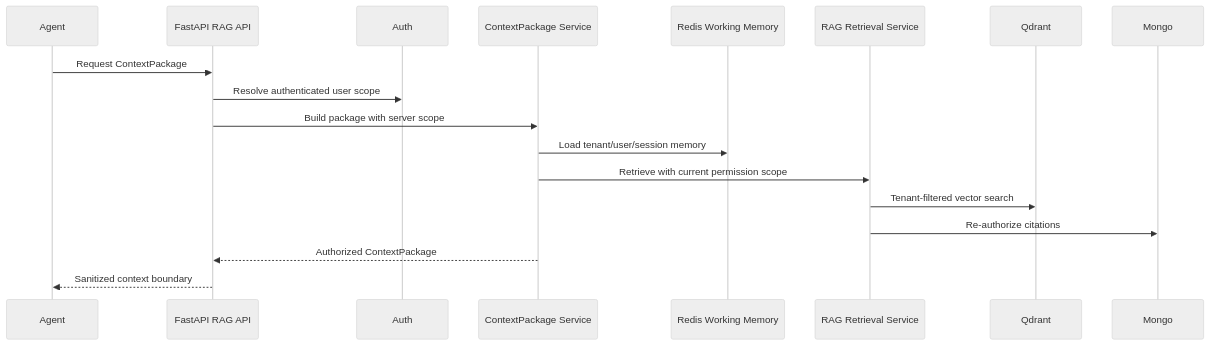
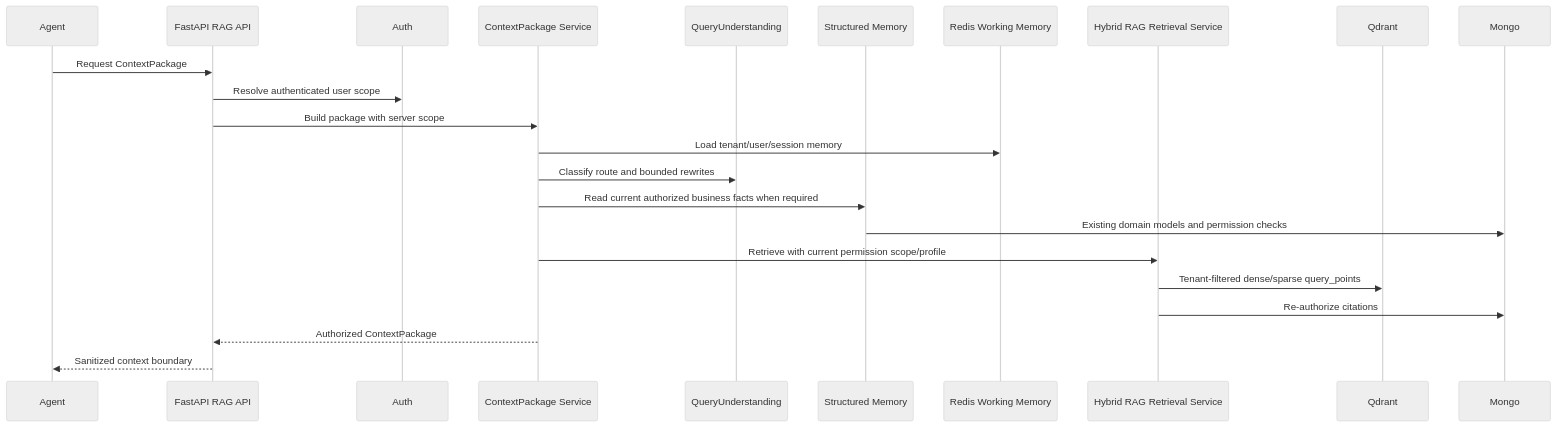
Before and after one commit to Shivakushwah143/SynTask: the second of 4 diagrams in docs/diagrams/architecture.md, drawn with Mermaid (neutral theme). The commit also changed other lines of this file and 39 other files, not shown here.

Commit message:
Release note: I kept Milestone 5 marked partially implemented, not production-complete, because full backend release checks still have known unrelated failures from the earlier full-suite run and the real seeded retrieval quality gate still needs a full production-grade corpus run.

````diff
--- a/docs/diagrams/architecture.md
+++ b/docs/diagrams/architecture.md
@@ -55,21 +79,26 @@
 ```mermaid
 sequenceDiagram
     participant Agent
     participant API as FastAPI RAG API
     participant Auth
     participant CP as ContextPackage Service
+    participant QU as QueryUnderstanding
+    participant SM as Structured Memory
     participant WM as Redis Working Memory
-    participant RAG as RAG Retrieval Service
+    participant RAG as Hybrid RAG Retrieval Service
     participant Qdrant
     participant Mongo
 
     Agent->>API: Request ContextPackage
     API->>Auth: Resolve authenticated user scope
     API->>CP: Build package with server scope
     CP->>WM: Load tenant/user/session memory
-    CP->>RAG: Retrieve with current permission scope
-    RAG->>Qdrant: Tenant-filtered vector search
+    CP->>QU: Classify route and bounded rewrites
+    CP->>SM: Read current authorized business facts when required
+    SM->>Mongo: Existing domain models and permission checks
+    CP->>RAG: Retrieve with current permission scope/profile
+    RAG->>Qdrant: Tenant-filtered dense/sparse query_points
     RAG->>Mongo: Re-authorize citations
     CP-->>API: Authorized ContextPackage
     API-->>Agent: Sanitized context boundary
 ```
````
